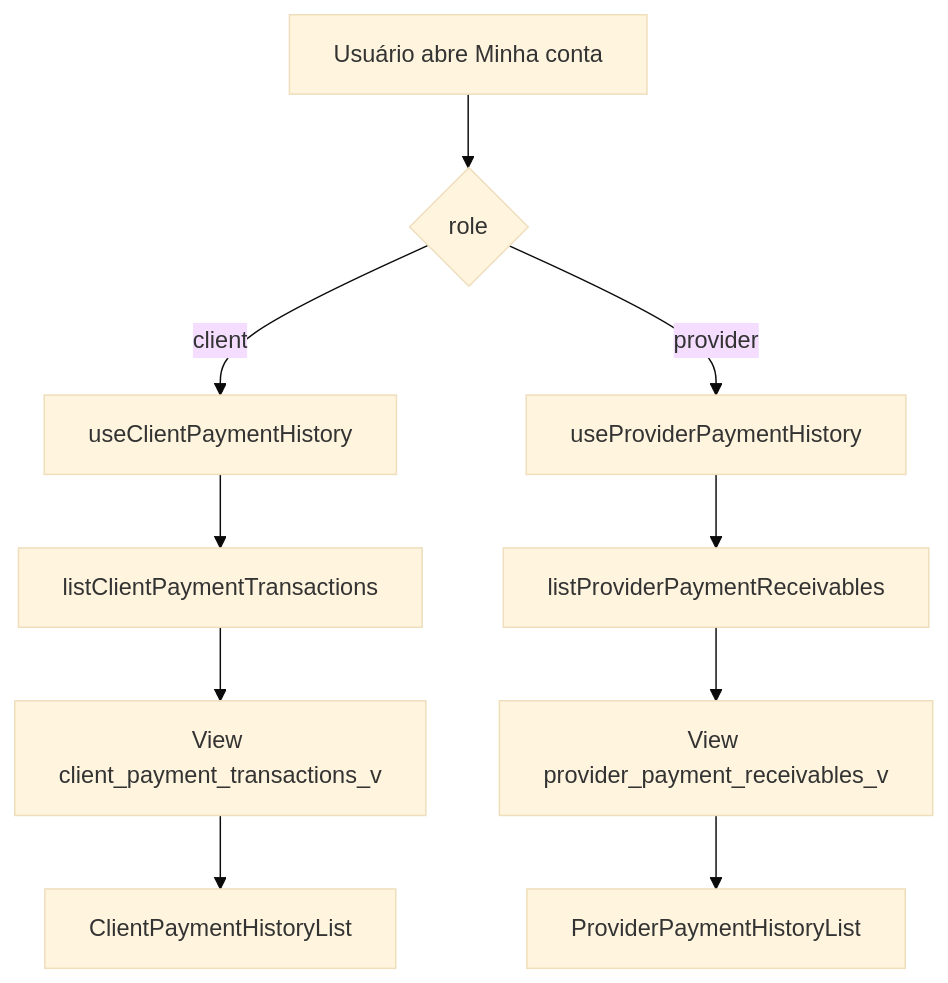
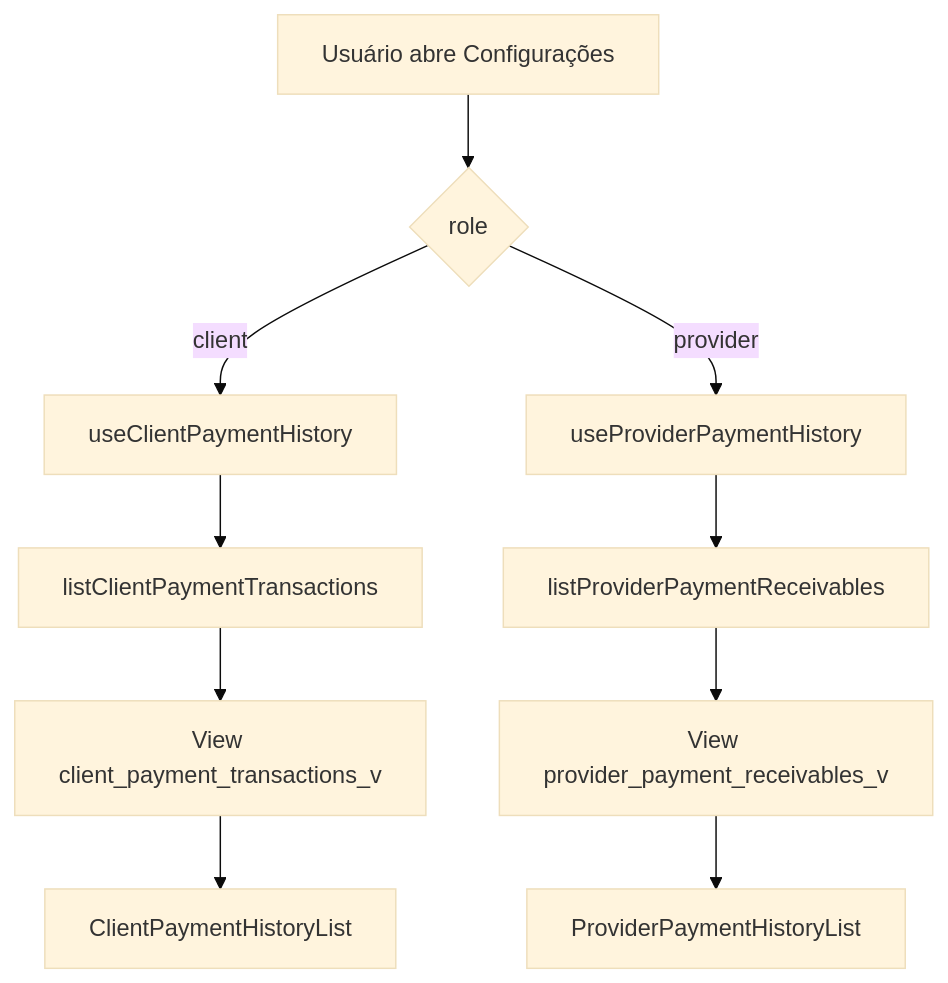
Before and after one commit to higorpo/renovi-orbit-test: the first of 2 diagrams in docs/business/modulos/payments/features/historico-e-reembolso.md, drawn with Mermaid (base theme). The commit also changed other lines of this file and 195 other files, not shown here.

````diff
--- a/docs/business/modulos/payments/features/historico-e-reembolso.md
+++ b/docs/business/modulos/payments/features/historico-e-reembolso.md
@@ -47,12 +47,12 @@
 ```mermaid
 flowchart TD
-  A[Usuário abre Minha conta] --> B{role}
+  A[Usuário abre Configurações] --> B{role}
   B -->|client| C[useClientPaymentHistory]
   B -->|provider| D[useProviderPaymentHistory]
   C --> E[listClientPaymentTransactions]
   D --> F[listProviderPaymentReceivables]
   E --> G[View client_payment_transactions_v]
   F --> H[View provider_payment_receivables_v]
   G --> I[ClientPaymentHistoryList]
   H --> J[ProviderPaymentHistoryList]
 ```
````
